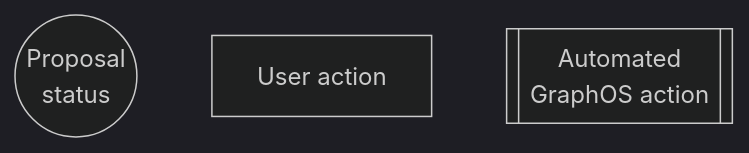
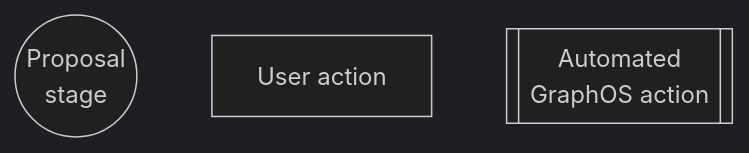
The fifth of 5 diagrams in src/content/graphos/delivery/schema-proposals.mdx (apollographql/docs), drawn with Mermaid (dark theme) before and after one commit. The commit also changed other lines of this file and 5 other files, not shown here.

Commit message:
Use "stage" vs. "status"

````diff
--- a/src/content/graphos/delivery/schema-proposals.mdx
+++ b/src/content/graphos/delivery/schema-proposals.mdx
@@ -115,7 +117,8 @@
 ```mermaid
 graph TB
-  Status((Proposal <br/> status))
+  Stage((Proposal <br/> stage))
   User["User action"]
   Automated[["Automated <br/> GraphOS action"]]
-  class Status secondary;
+  class Stage secondary;
+  class Automated tertiary;
 ```
````
